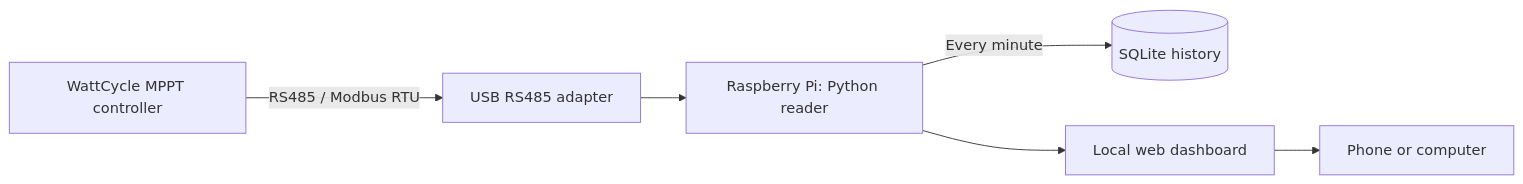
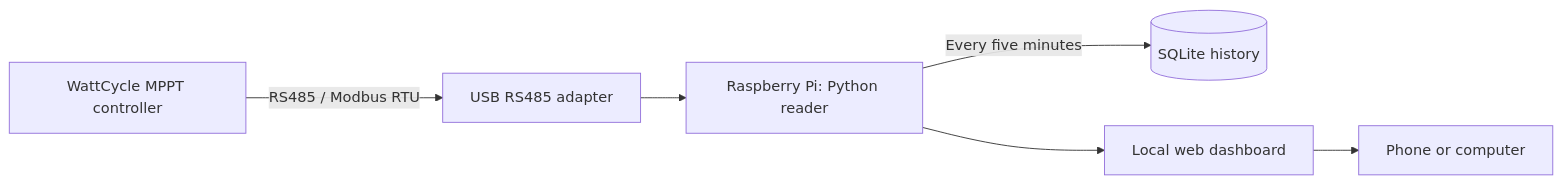
Before and after one commit to hardtomakeanadress/wattcycle-solar-monitor: the diagram in README.md, drawn with Mermaid. The commit also changed other lines of this file and 12 other files, not shown here.

First line of the commit message:
Reduce SD writes with five-minute collection and batched history

````diff
--- a/README.md
+++ b/README.md
@@ -18,8 +18,8 @@
 ```mermaid
 flowchart LR
     Controller[WattCycle MPPT controller] -->|RS485 / Modbus RTU| USB[USB RS485 adapter]
     USB --> Pi[Raspberry Pi: Python reader]
-    Pi -->|Every minute| DB[(SQLite history)]
+    Pi -->|Every five minutes| DB[(SQLite history)]
     Pi --> Web[Local web dashboard]
     Web --> Browser[Phone or computer]
 ```
````
